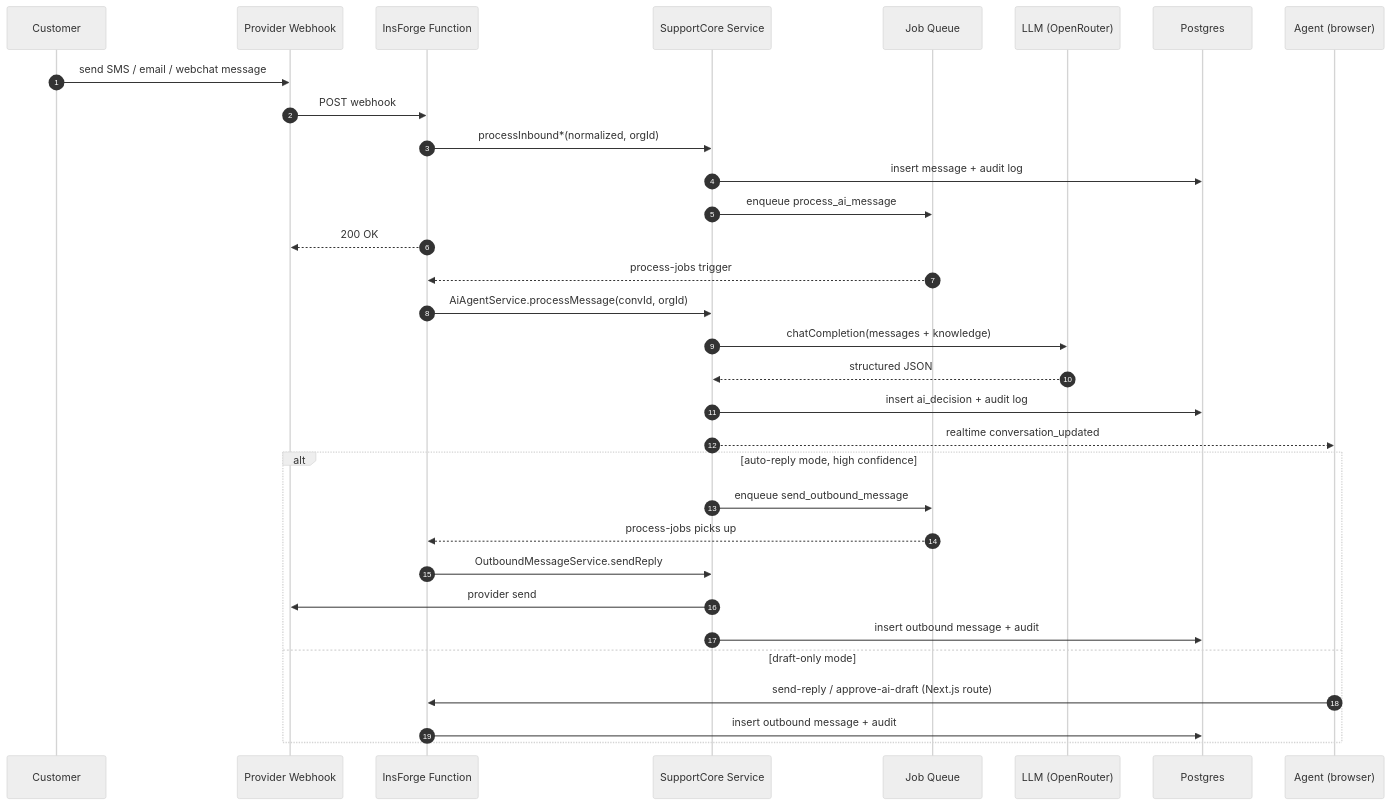
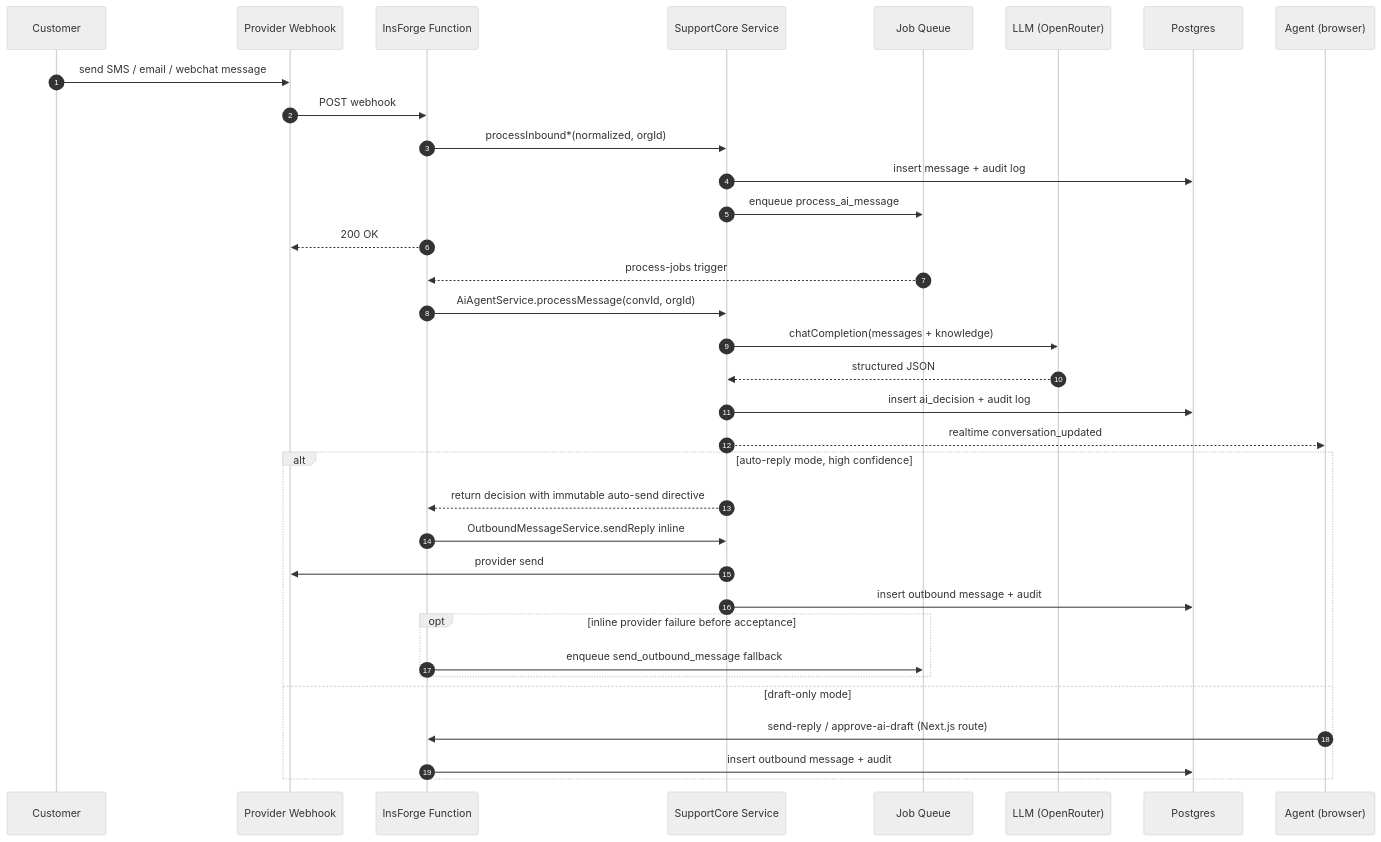
Before and after one commit to Xuefeng-Zhu/InboxPilot: the sixth of 6 diagrams in docs/reference/architecture.md, drawn with Mermaid (neutral theme). The commit also changed other lines of this file and 104 other files, not shown here.

````diff
--- a/docs/reference/architecture.md
+++ b/docs/reference/architecture.md
@@ -207,37 +207,39 @@
 ```mermaid
 sequenceDiagram
   autonumber
   participant C as Customer
   participant W as Provider Webhook
   participant F as InsForge Function
   participant S as SupportCore Service
   participant J as Job Queue
   participant AI as LLM (OpenRouter)
   participant DB as Postgres
   participant U as Agent (browser)
 
   C->>W: send SMS / email / webchat message
   W->>F: POST webhook
   F->>S: processInbound*(normalized, orgId)
   S->>DB: insert message + audit log
   S->>J: enqueue process_ai_message
   F-->>W: 200 OK
 
   J-->>F: process-jobs trigger
   F->>S: AiAgentService.processMessage(convId, orgId)
   S->>AI: chatCompletion(messages + knowledge)
   AI-->>S: structured JSON
   S->>DB: insert ai_decision + audit log
   S-->>U: realtime conversation_updated
 
   alt auto-reply mode, high confidence
-    S->>J: enqueue send_outbound_message
-    J-->>F: process-jobs picks up
-    F->>S: OutboundMessageService.sendReply
+    S-->>F: return decision with immutable auto-send directive
+    F->>S: OutboundMessageService.sendReply inline
     S->>W: provider send
     S->>DB: insert outbound message + audit
+    opt inline provider failure before acceptance
+      F->>J: enqueue send_outbound_message fallback
+    end
   else draft-only mode
     U->>F: send-reply / approve-ai-draft (Next.js route)
     F->>DB: insert outbound message + audit
   end
 ```
````
